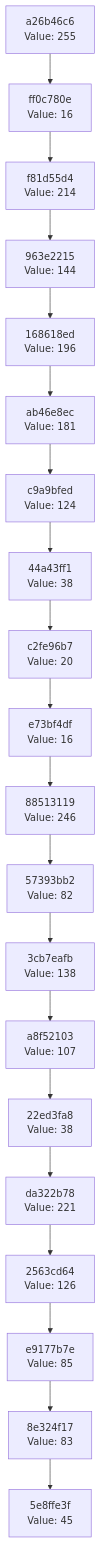
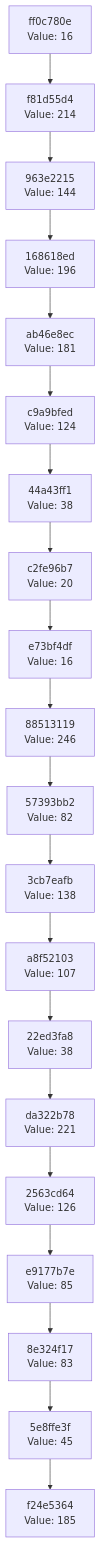
Before and after one commit to Abhisheksinha1506/hash-chain-evolver: the diagram in docs/CHAIN_VISUALIZATION.md, drawn with Mermaid. The commit also changed 1 other file, not shown here.

Commit message:
Evolution step: hash 0xB9 → action executed

````diff
--- a/docs/CHAIN_VISUALIZATION.md
+++ b/docs/CHAIN_VISUALIZATION.md
@@ -3,42 +3,42 @@
 ```mermaid
 graph TD
-    C0["5e8ffe3f<br/>Value: 45"]
-    C1["8e324f17<br/>Value: 83"]
+    C0["f24e5364<br/>Value: 185"]
+    C1["5e8ffe3f<br/>Value: 45"]
     C1 --> C0
-    C2["e9177b7e<br/>Value: 85"]
+    C2["8e324f17<br/>Value: 83"]
     C2 --> C1
-    C3["2563cd64<br/>Value: 126"]
+    C3["e9177b7e<br/>Value: 85"]
     C3 --> C2
-    C4["da322b78<br/>Value: 221"]
+    C4["2563cd64<br/>Value: 126"]
     C4 --> C3
-    C5["22ed3fa8<br/>Value: 38"]
+    C5["da322b78<br/>Value: 221"]
     C5 --> C4
-    C6["a8f52103<br/>Value: 107"]
+    C6["22ed3fa8<br/>Value: 38"]
     C6 --> C5
-    C7["3cb7eafb<br/>Value: 138"]
+    C7["a8f52103<br/>Value: 107"]
     C7 --> C6
-    C8["57393bb2<br/>Value: 82"]
+    C8["3cb7eafb<br/>Value: 138"]
     C8 --> C7
-    C9["88513119<br/>Value: 246"]
+    C9["57393bb2<br/>Value: 82"]
     C9 --> C8
-    C10["e73bf4df<br/>Value: 16"]
+    C10["88513119<br/>Value: 246"]
     C10 --> C9
-    C11["c2fe96b7<br/>Value: 20"]
+    C11["e73bf4df<br/>Value: 16"]
     C11 --> C10
-    C12["44a43ff1<br/>Value: 38"]
+    C12["c2fe96b7<br/>Value: 20"]
     C12 --> C11
-    C13["c9a9bfed<br/>Value: 124"]
+    C13["44a43ff1<br/>Value: 38"]
     C13 --> C12
-    C14["ab46e8ec<br/>Value: 181"]
+    C14["c9a9bfed<br/>Value: 124"]
     C14 --> C13
-    C15["168618ed<br/>Value: 196"]
+    C15["ab46e8ec<br/>Value: 181"]
     C15 --> C14
-    C16["963e2215<br/>Value: 144"]
+    C16["168618ed<br/>Value: 196"]
     C16 --> C15
-    C17["f81d55d4<br/>Value: 214"]
+    C17["963e2215<br/>Value: 144"]
     C17 --> C16
-    C18["ff0c780e<br/>Value: 16"]
+    C18["f81d55d4<br/>Value: 214"]
     C18 --> C17
-    C19["a26b46c6<br/>Value: 255"]
+    C19["ff0c780e<br/>Value: 16"]
     C19 --> C18
 ```
````
